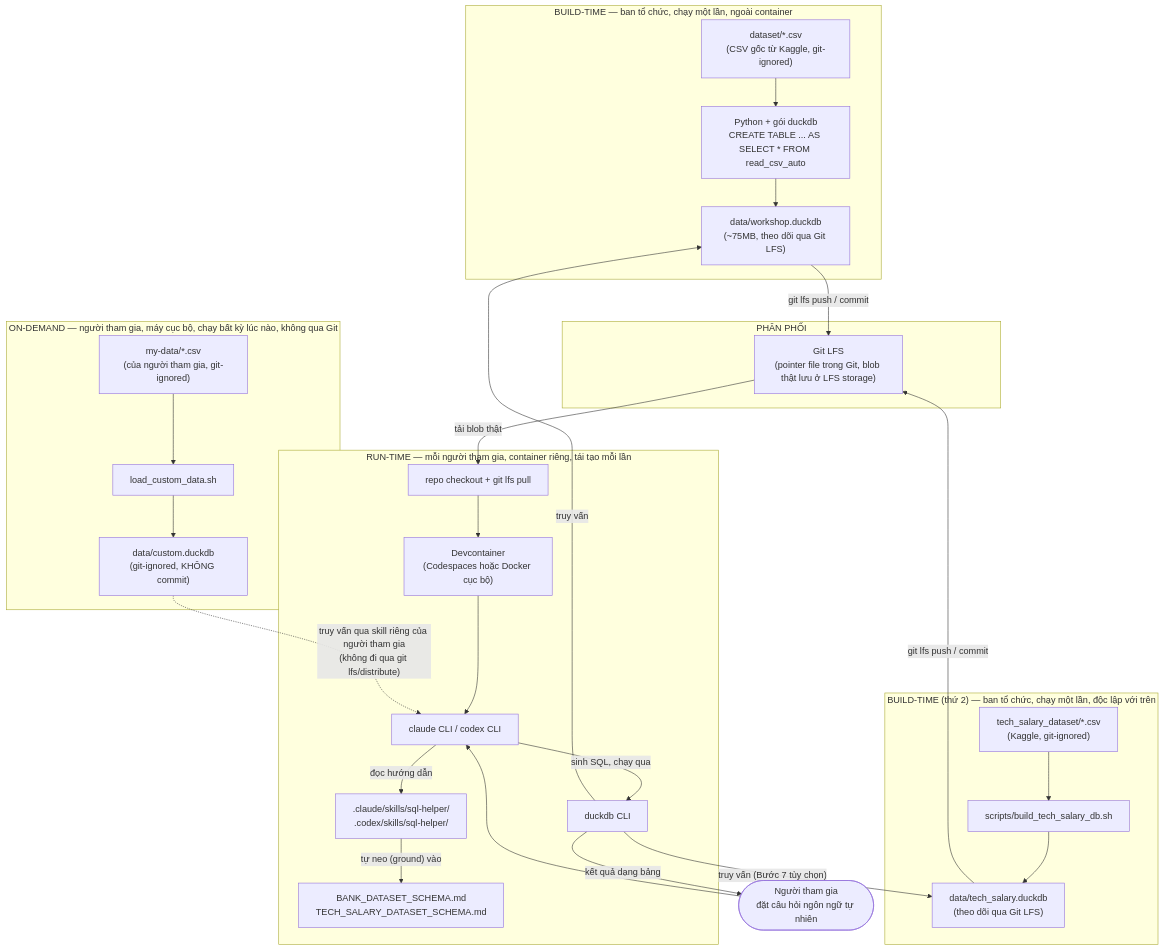
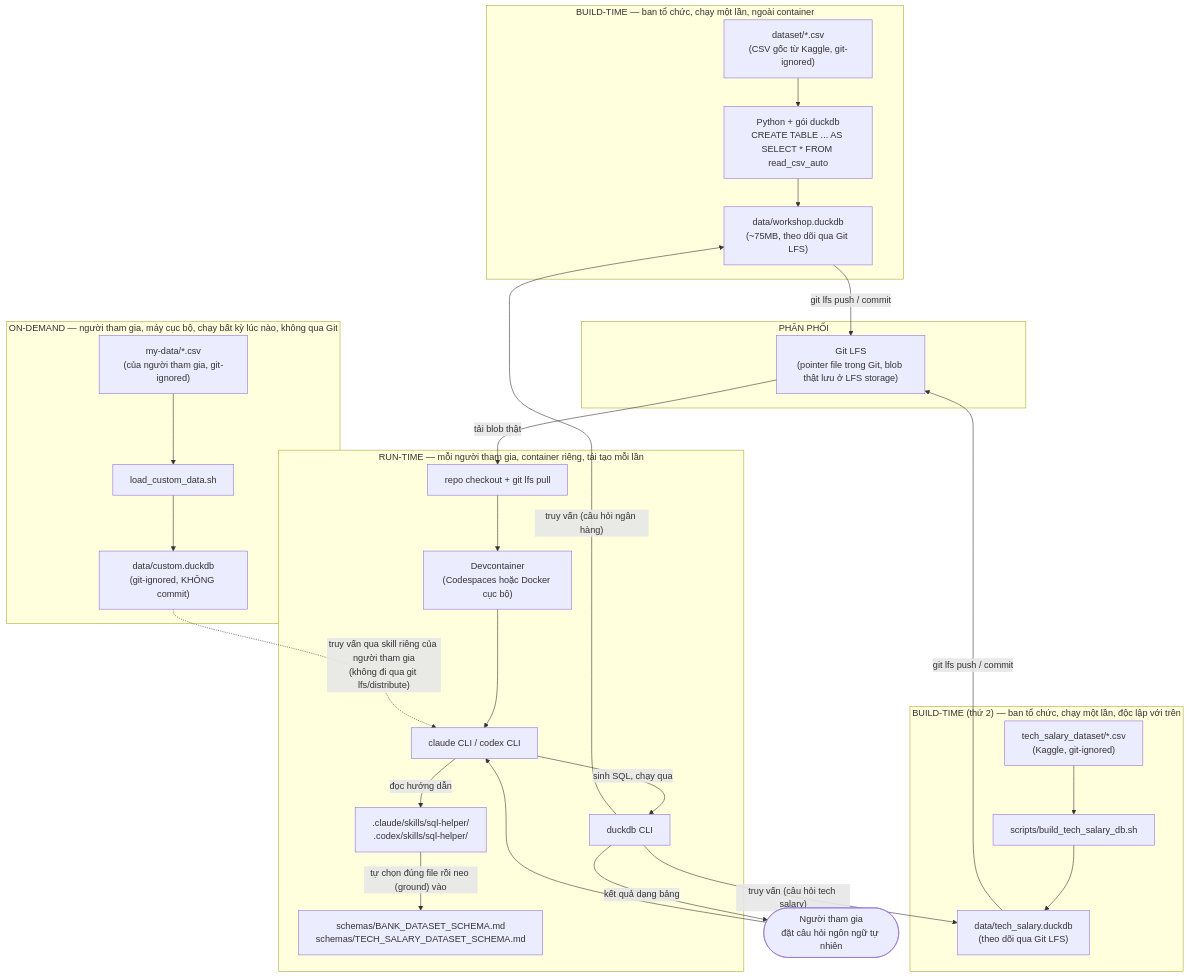
One commit to QuanPham99/CB_Txt2Sql changed the first of 3 diagrams in docs/architecture/ARCHITECTURE.md. Above: the diagram before and after it, drawn with Mermaid. The commit also changed other lines of this file and 15 other files, not shown here.

````diff
--- a/docs/architecture/ARCHITECTURE.md
+++ b/docs/architecture/ARCHITECTURE.md
@@ -20,50 +20,50 @@
 ```mermaid
 flowchart TB
     subgraph build["BUILD-TIME — ban tổ chức, chạy một lần, ngoài container"]
         csv["dataset/*.csv\n(CSV gốc từ Kaggle, git-ignored)"]
         script["Python + gói duckdb\nCREATE TABLE ... AS SELECT * FROM read_csv_auto"]
         db["data/workshop.duckdb\n(~75MB, theo dõi qua Git LFS)"]
         csv --> script --> db
     end
 
     subgraph build2["BUILD-TIME (thứ 2) — ban tổ chức, chạy một lần, độc lập với trên"]
         tcsv["tech_salary_dataset/*.csv\n(Kaggle, git-ignored)"]
         tscript["scripts/build_tech_salary_db.sh"]
         tdb["data/tech_salary.duckdb\n(theo dõi qua Git LFS)"]
         tcsv --> tscript --> tdb
     end
 
     subgraph distribute["PHÂN PHỐI"]
         lfs["Git LFS\n(pointer file trong Git, blob thật lưu ở LFS storage)"]
         db -->|"git lfs push / commit"| lfs
         tdb -->|"git lfs push / commit"| lfs
     end
 
     subgraph runtime["RUN-TIME — mỗi người tham gia, container riêng, tái tạo mỗi lần"]
         checkout["repo checkout + git lfs pull"]
         container["Devcontainer\n(Codespaces hoặc Docker cục bộ)"]
         skills[".claude/skills/sql-helper/\n.codex/skills/sql-helper/"]
-        schema["BANK_DATASET_SCHEMA.md\nTECH_SALARY_DATASET_SCHEMA.md"]
+        schema["schemas/BANK_DATASET_SCHEMA.md\nschemas/TECH_SALARY_DATASET_SCHEMA.md"]
         clis["claude CLI  /  codex CLI"]
         duckcli["duckdb CLI"]
 
         lfs -->|"tải blob thật"| checkout --> container
         container --> clis
         clis -->|"đọc hướng dẫn"| skills
-        skills -->|"tự neo (ground) vào"| schema
+        skills -->|"tự chọn đúng file rồi neo (ground) vào"| schema
         clis -->|"sinh SQL, chạy qua"| duckcli
-        duckcli -->|"truy vấn"| db
-        duckcli -->|"truy vấn (Bước 7 tùy chọn)"| tdb
+        duckcli -->|"truy vấn (câu hỏi ngân hàng)"| db
+        duckcli -->|"truy vấn (câu hỏi tech salary)"| tdb
     end
 
     subgraph ondemand["ON-DEMAND — người tham gia, máy cục bộ, chạy bất kỳ lúc nào, không qua Git"]
         mydata["my-data/*.csv\n(của người tham gia, git-ignored)"]
         loadscript["load_custom_data.sh"]
         cdb["data/custom.duckdb\n(git-ignored, KHÔNG commit)"]
         mydata --> loadscript --> cdb
     end
 
     user(["Người tham gia\nđặt câu hỏi ngôn ngữ tự nhiên"]) --> clis
     duckcli -->|"kết quả dạng bảng"| user
     cdb -.->|"truy vấn qua skill riêng của người tham gia\n(không đi qua git lfs/distribute)"| clis
 ```
````
